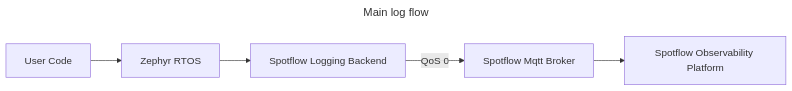
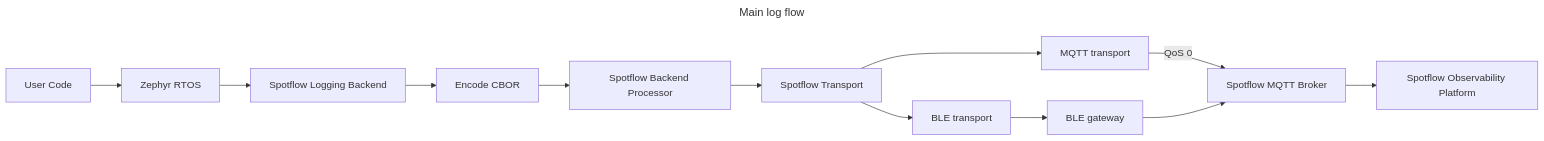
Before and after one commit to spotflow-io/device-sdk: the first of 3 diagrams in README.md, drawn with Mermaid. The commit also changed other lines of this file and 77 other files, not shown here.

````diff
--- a/README.md
+++ b/README.md
@@ -52,10 +52,17 @@
 ```mermaid
 ---
 title: Main log flow
 ---
 flowchart LR
     A[User Code] --> B[Zephyr RTOS]
     B --> C[Spotflow Logging Backend]
-    C -- QoS 0 --> D[Spotflow Mqtt Broker]
-    D --> E[Spotflow Observability Platform]
+    C --> D[Encode CBOR]
+    D --> E[Spotflow Backend Processor]
+    E --> F[Spotflow Transport]
+    F --> G[MQTT transport]
+    F --> H[BLE transport]
+    G -- QoS 0 --> I[Spotflow MQTT Broker]
+    H --> J[BLE gateway]
+    J --> I
+    I --> K[Spotflow Observability Platform]
 ```
````
